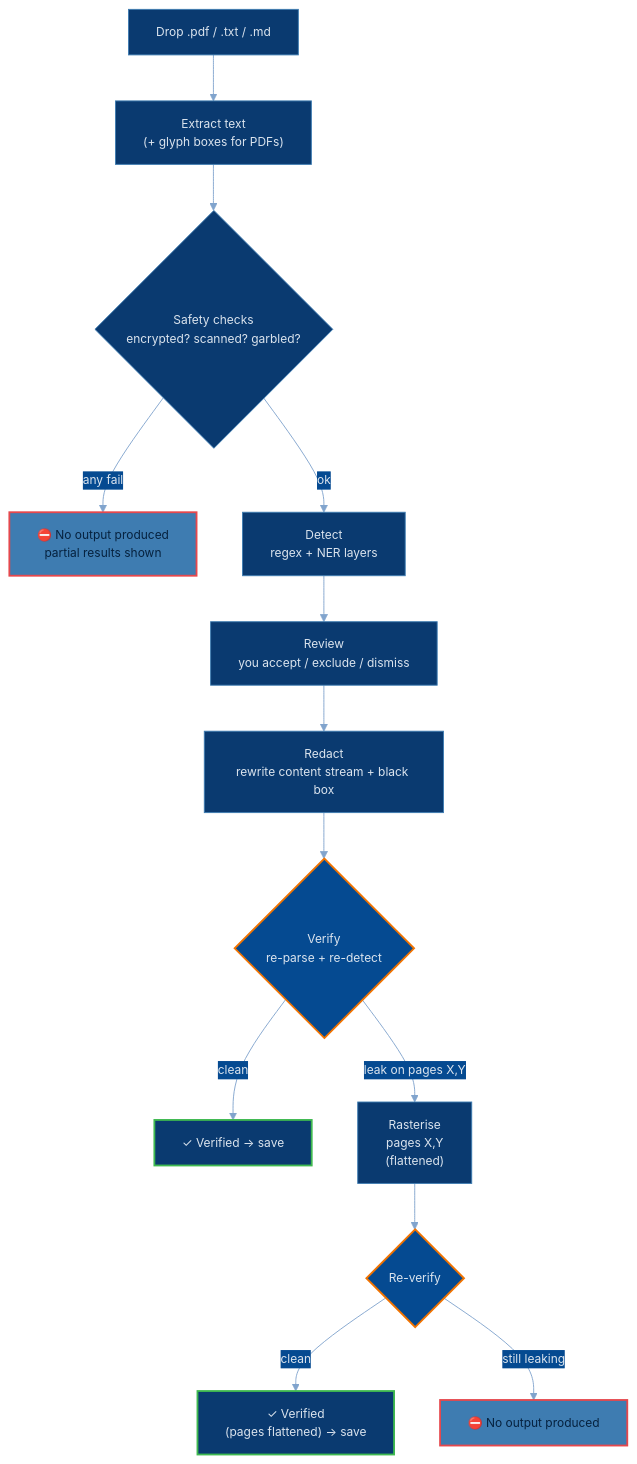
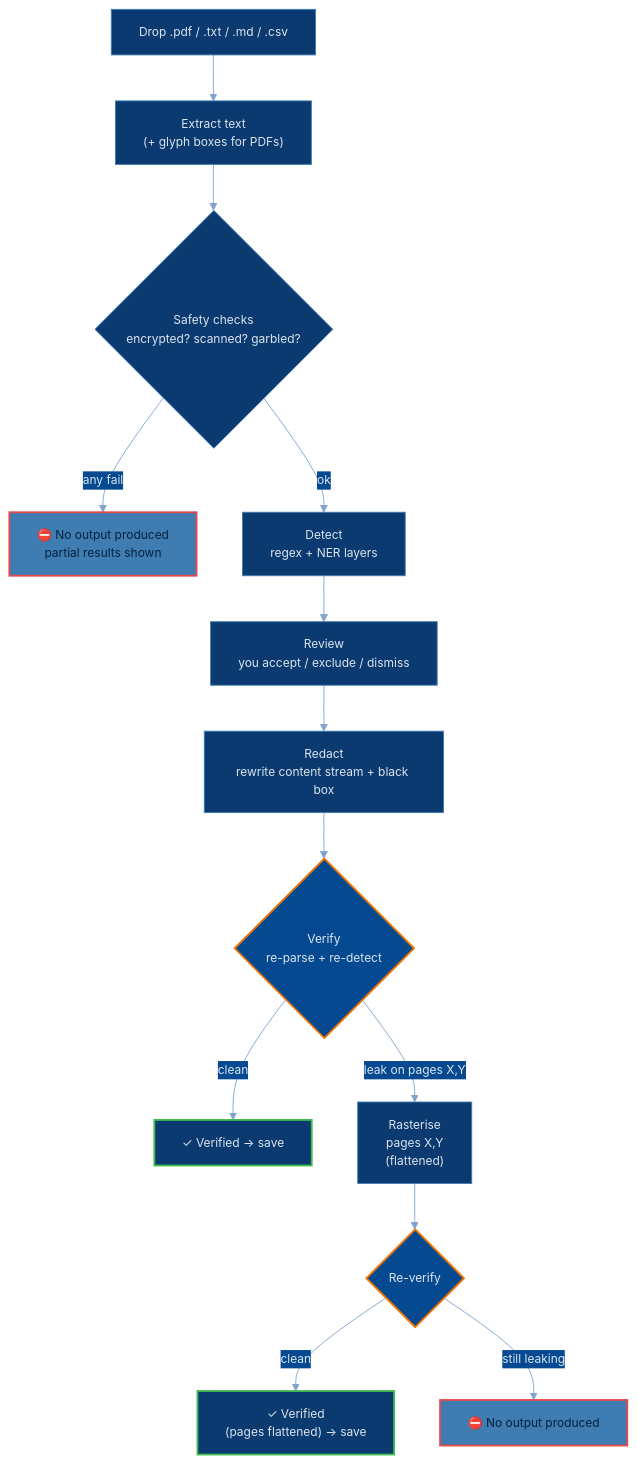
The first of 3 diagrams in README.md (jamesgarner-me/redactyl), drawn with Mermaid before and after one commit.

Commit message:
Add .csv to README pipeline diagram drop step

````diff
--- a/README.md
+++ b/README.md
@@ -41,23 +41,23 @@
 ```mermaid
 %%{init: {'theme':'base','themeVariables':{'background':'#06223f','primaryColor':'#0a3a70','primaryTextColor':'#dbe4ee','primaryBorderColor':'#3e7cb1','lineColor':'#81a4cd','secondaryColor':'#054a91','tertiaryColor':'#054a91','fontFamily':'Inter, system-ui, sans-serif','fontSize':'13px'}}}%%
 flowchart TD
-    drop["Drop .pdf / .txt / .md"] --> extract["Extract text<br/>(+ glyph boxes for PDFs)"]
+    drop["Drop .pdf / .txt / .md / .csv"] --> extract["Extract text<br/>(+ glyph boxes for PDFs)"]
     extract --> safety{"Safety checks<br/>encrypted? scanned? garbled?"}
     safety -- "any fail" --> blocked["⛔ No output produced<br/>partial results shown"]
     safety -- "ok" --> detect["Detect<br/>regex + NER layers"]
     detect --> review["Review<br/>you accept / exclude / dismiss"]
     review --> redact["Redact<br/>rewrite content stream + black box"]
     redact --> verify{"Verify<br/>re-parse + re-detect"}
     verify -- "clean" --> download["✓ Verified → save"]
     verify -- "leak on pages X,Y" --> raster["Rasterise<br/>pages X,Y<br/>(flattened)"]
     raster --> reverify{"Re-verify"}
     reverify -- "clean" --> download2["✓ Verified<br/>(pages flattened) → save"]
     reverify -- "still leaking" --> blocked2["⛔ No output produced"]
 
     class verify,reverify check
     class blocked,blocked2 stop
     class download,download2 ok
     classDef check fill:#054a91,stroke:#f17300,color:#dbe4ee,stroke-width:2px;
     classDef stop fill:#3e7cb1,stroke:#e5484d,color:#06223f,stroke-width:2px;
     classDef ok fill:#0a3a70,stroke:#3fb950,color:#dbe4ee,stroke-width:2px;
 ```
````
